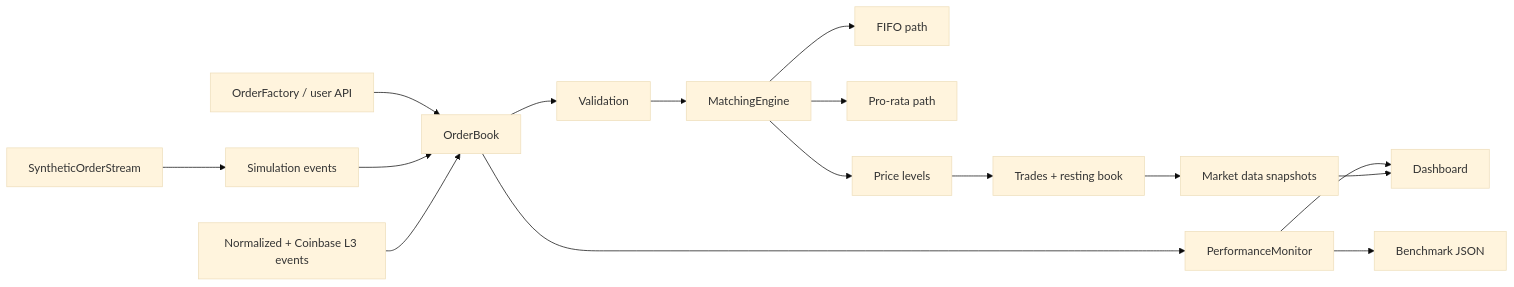
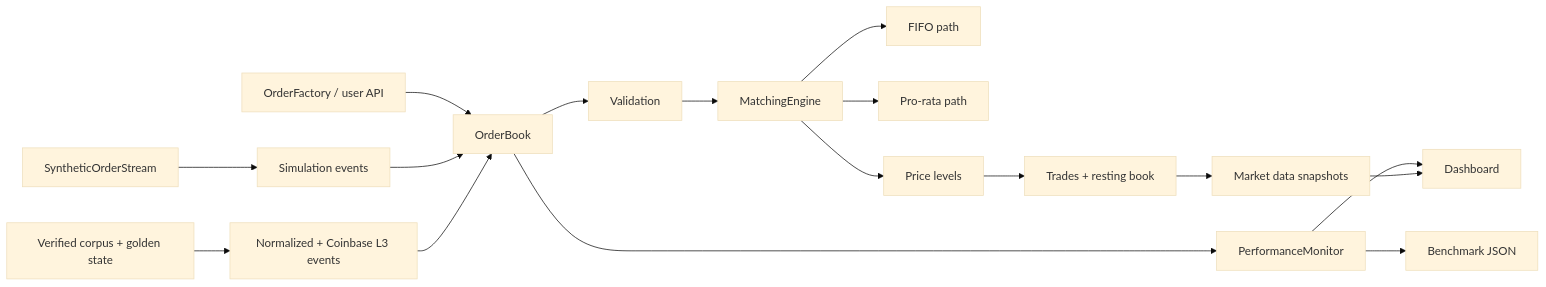
One commit to Taz33m/tracebook changed the diagram in README.md. Above: the diagram before and after it, drawn with Mermaid (base theme). The commit also changed other lines of this file and 34 other files, not shown here.

Commit message:
feat: add verified Coinbase corpus workflow

````diff
--- a/README.md
+++ b/README.md
@@ -121,18 +125,19 @@
 ```mermaid
 flowchart LR
     A["OrderFactory / user API"] --> B["OrderBook"]
     B --> C["Validation"]
     C --> D["MatchingEngine"]
     D --> E1["FIFO path"]
     D --> E2["Pro-rata path"]
     D --> F["Price levels"]
     F --> G["Trades + resting book"]
     G --> H["Market data snapshots"]
     I["SyntheticOrderStream"] --> J["Simulation events"]
     J --> B
     N["Normalized + Coinbase L3 events"] --> B
+    O["Verified corpus + golden state"] --> N
     B --> K["PerformanceMonitor"]
     K --> L["Benchmark JSON"]
     K --> M["Dashboard"]
     H --> M
 ```
````
